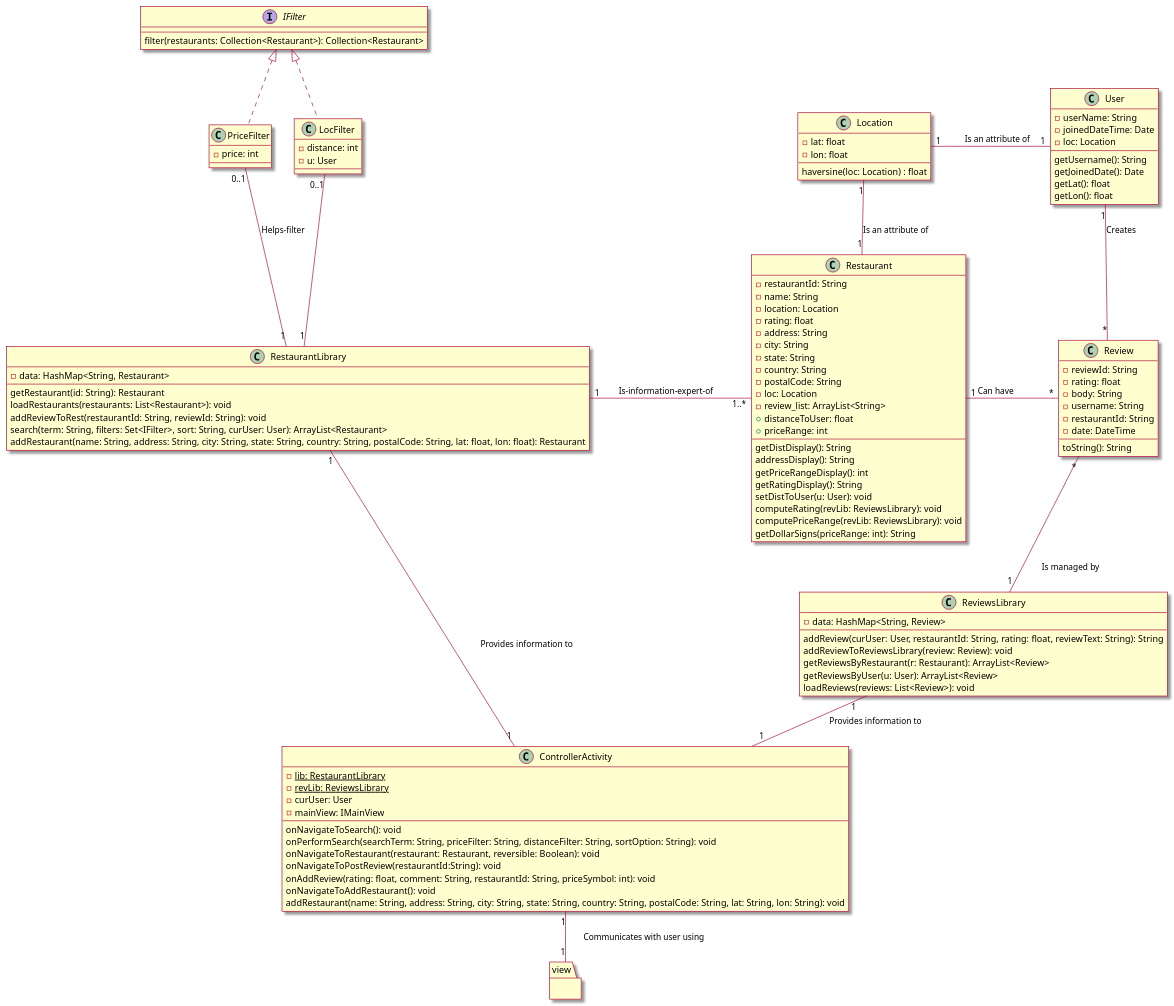
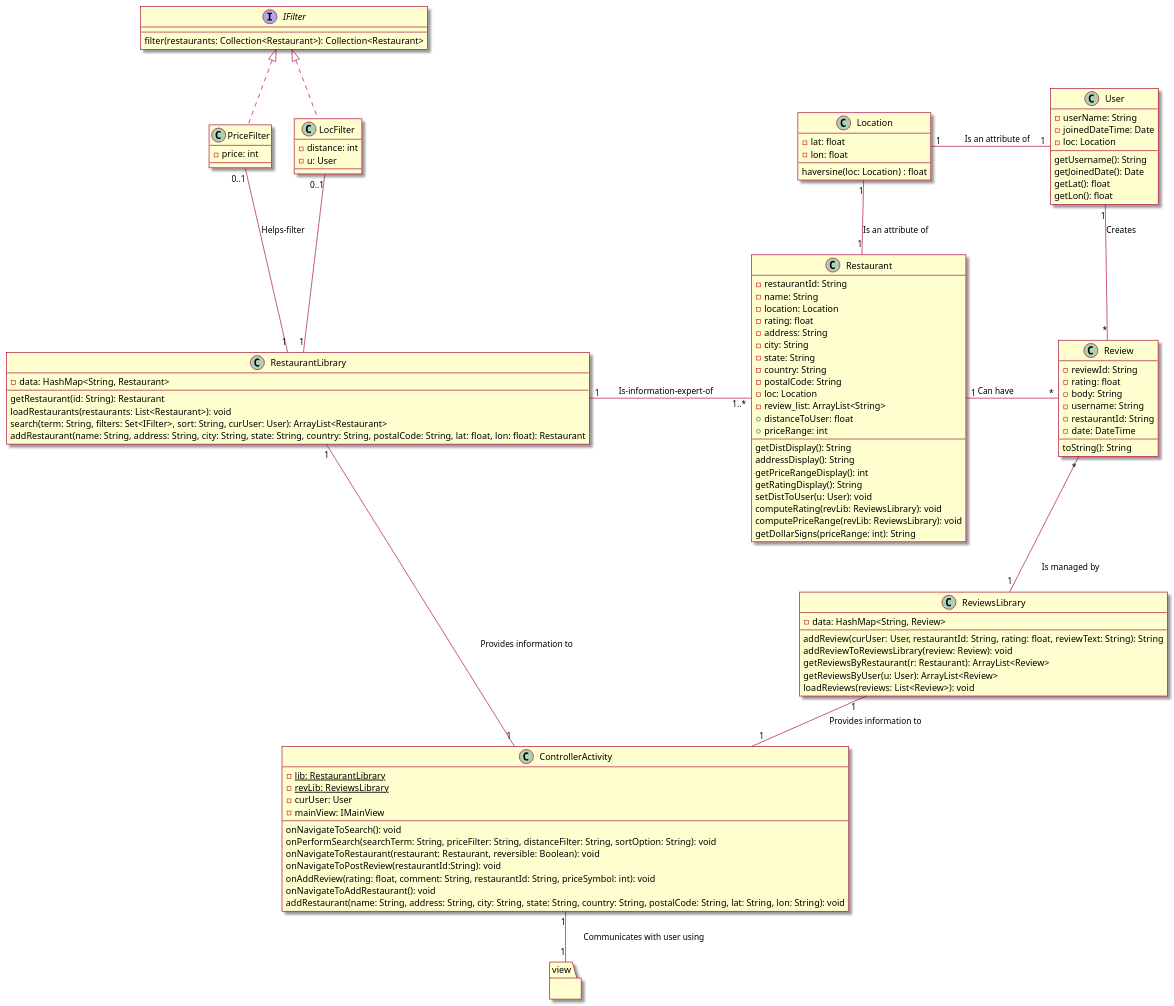
One commit to tanwasp/LunchBox-Android changed the fourth of 5 diagrams in intellij/doc/design.md. Above: the diagram before and after it, drawn with PlantUML. The commit also changed 3 other files, not shown here.

```diff
--- a/intellij/doc/design.md
+++ b/intellij/doc/design.md
@@ -157,7 +157,6 @@
     --
     getRestaurant(id: String): Restaurant
     loadRestaurants(restaurants: List<Restaurant>): void
-    addReviewToRest(restaurantId: String, reviewId: String): void
     search(term: String, filters: Set<IFilter>, sort: String, curUser: User): ArrayList<Restaurant>
     addRestaurant(name: String, address: String, city: String, state: String, country: String, postalCode: String, lat: float, lon: float): Restaurant
 }
```
